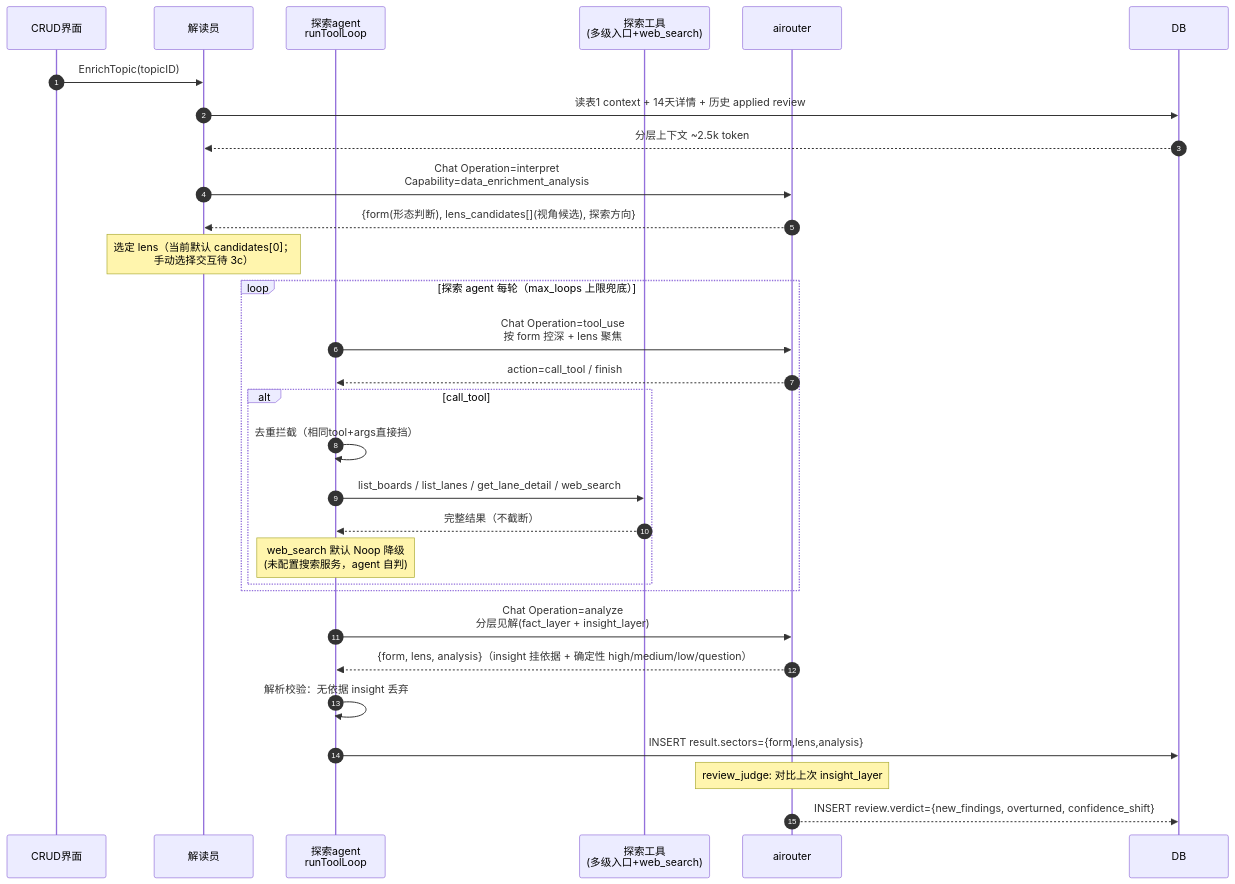
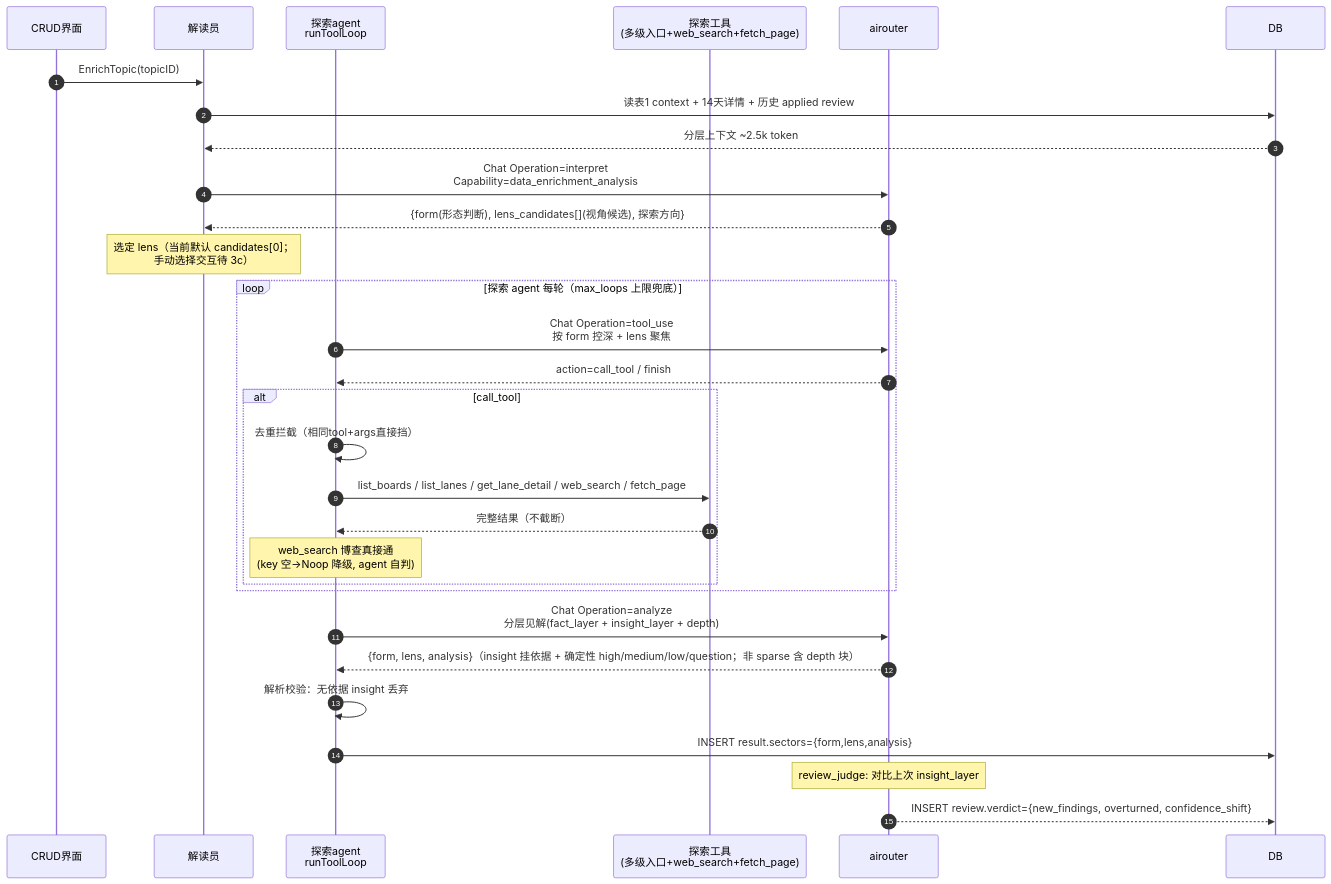
Before and after one commit to ZanebonoAlter/my-robot: the second of 4 diagrams in docs/reference/flow/data-enrichment.md, drawn with Mermaid. The commit also changed other lines of this file and 822 other files, not shown here.

````diff
--- a/docs/reference/flow/data-enrichment.md
+++ b/docs/reference/flow/data-enrichment.md
@@ -80,36 +81,36 @@
 ```mermaid
 sequenceDiagram
     autonumber
     participant UI as CRUD界面
     participant Interp as 解读员
     participant Agent as 探索agent<br/>runToolLoop
-    participant Tool as 探索工具<br/>(多级入口+web_search)
+    participant Tool as 探索工具<br/>(多级入口+web_search+fetch_page)
     participant AI as airouter
     participant DB as DB
 
     UI->>Interp: EnrichTopic(topicID)
     Interp->>DB: 读表1 context + 14天详情 + 历史 applied review
     DB-->>Interp: 分层上下文 ~2.5k token
     Interp->>AI: Chat Operation=interpret<br/>Capability=data_enrichment_analysis
     AI-->>Interp: {form(形态判断), lens_candidates[](视角候选), 探索方向}
     Note over Interp: 选定 lens（当前默认 candidates[0]；<br/>手动选择交互待 3c）
 
     loop 探索 agent 每轮（max_loops 上限兜底）
         Agent->>AI: Chat Operation=tool_use<br/>按 form 控深 + lens 聚焦
         AI-->>Agent: action=call_tool / finish
         alt call_tool
             Agent->>Agent: 去重拦截（相同tool+args直接挡）
-            Agent->>Tool: list_boards / list_lanes / get_lane_detail / web_search
+            Agent->>Tool: list_boards / list_lanes / get_lane_detail / web_search / fetch_page
             Tool-->>Agent: 完整结果（不截断）
-            Note over Agent: web_search 默认 Noop 降级<br/>(未配置搜索服务，agent 自判)
+            Note over Agent: web_search 博查真接通<br/>(key 空→Noop 降级, agent 自判)
         end
     end
 
-    Agent->>AI: Chat Operation=analyze<br/>分层见解(fact_layer + insight_layer)
-    AI-->>Agent: {form, lens, analysis}（insight 挂依据 + 确定性 high/medium/low/question）
+    Agent->>AI: Chat Operation=analyze<br/>分层见解(fact_layer + insight_layer + depth)
+    AI-->>Agent: {form, lens, analysis}（insight 挂依据 + 确定性 high/medium/low/question；非 sparse 含 depth 块）
     Agent->>Agent: 解析校验：无依据 insight 丢弃
     Agent->>DB: INSERT result.sectors={form,lens,analysis}
 
     Note over AI: review_judge: 对比上次 insight_layer
     AI-->>DB: INSERT review.verdict={new_findings, overturned, confidence_shift}
 ```
````
